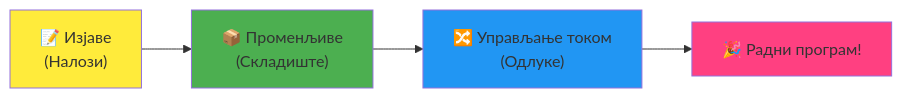
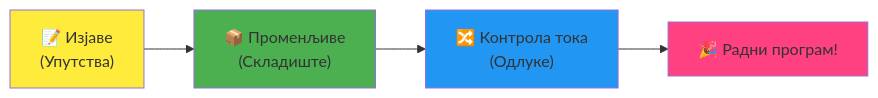
Before and after one commit to microsoft/Web-Dev-For-Beginners: the fourth of 7 diagrams in translations/sr/1-getting-started-lessons/1-intro-to-programming-languages/README.md, drawn with Mermaid. The commit also changed other lines of this file and 11 other files, not shown here.

````diff
--- a/translations/sr/1-getting-started-lessons/1-intro-to-programming-languages/README.md
+++ b/translations/sr/1-getting-started-lessons/1-intro-to-programming-languages/README.md
@@ -466,9 +467,9 @@
 ```mermaid
 flowchart LR
-    A["📝 Изјаве<br/>(Налози)"] --> B["📦 Променљиве<br/>(Складиште)"] --> C["🔀 Управљање током<br/>(Одлуке)"] --> D["🎉 Радни програм!"]
+    A["📝 Изјаве<br/>(Упутства)"] --> B["📦 Променљиве<br/>(Складиште)"] --> C["🔀 Контрола тока<br/>(Одлуке)"] --> D["🎉 Радни програм!"]
     
     style A fill:#ffeb3b
     style B fill:#4caf50
     style C fill:#2196f3
     style D fill:#ff4081
-```  
+```
````
